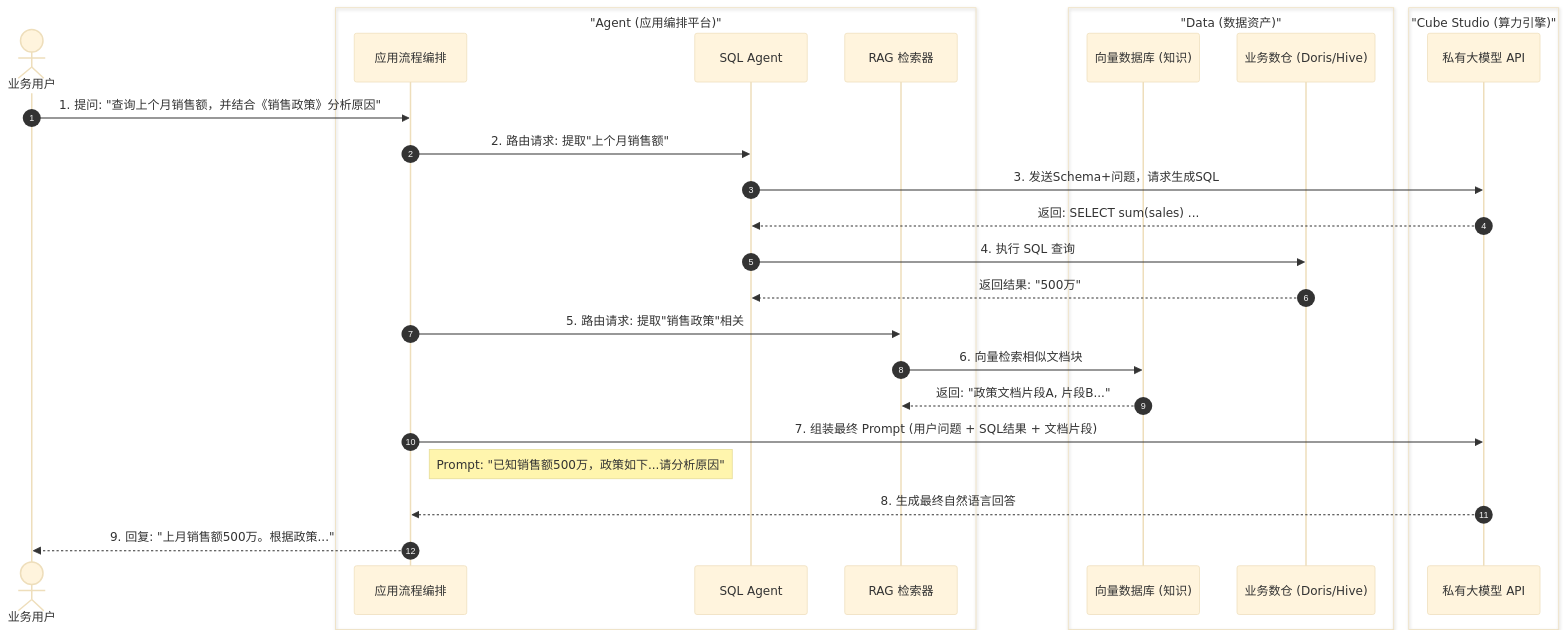
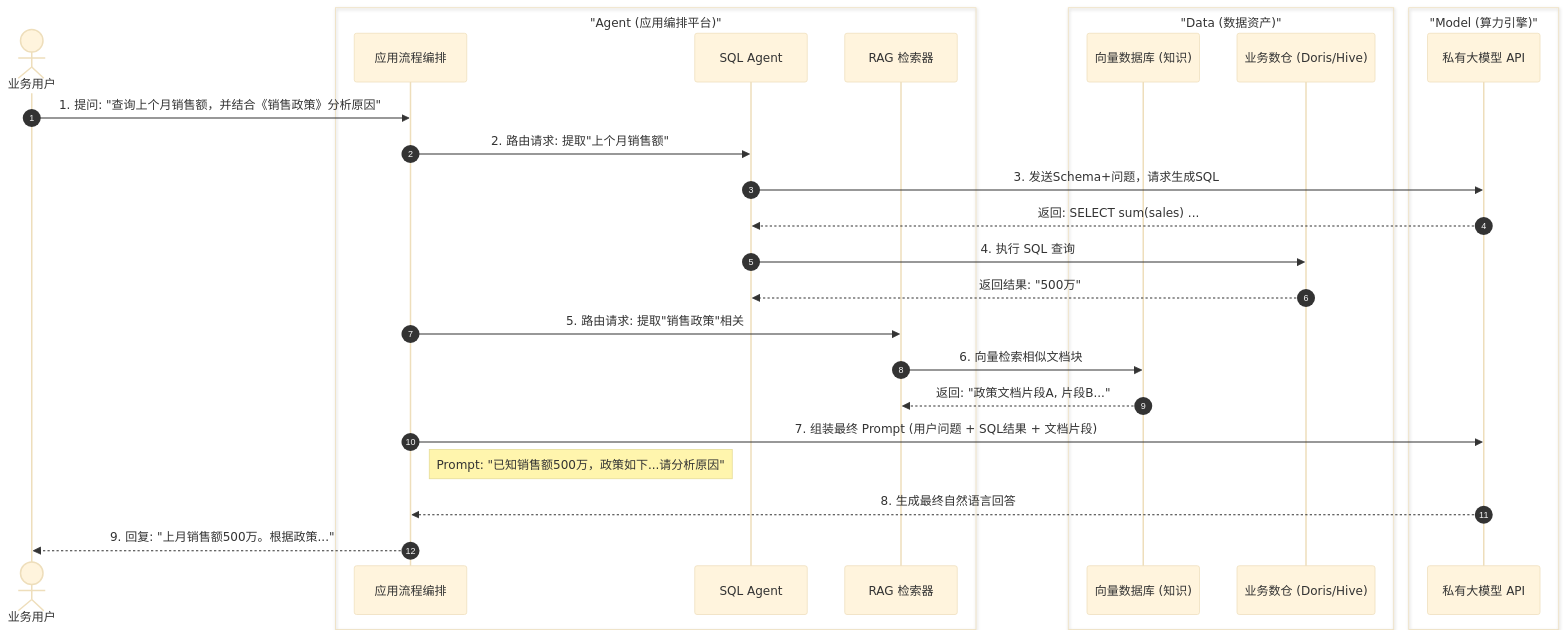
One commit to iannil/one-data-studio changed the second of 4 diagrams in docs/02-integration/sequence-diagrams.md. Above: the diagram before and after it, drawn with Mermaid (base theme). The commit also changed other lines of this file and 109 other files, not shown here.

````diff
--- a/docs/02-integration/sequence-diagrams.md
+++ b/docs/02-integration/sequence-diagrams.md
@@ -83,41 +83,41 @@
 ```mermaid
 sequenceDiagram
     autonumber
     actor User as 业务用户
 
     box "Agent (应用编排平台)" #fff3e0
         participant App_Flow as 应用流程编排
         participant Agent_SQL as SQL Agent
         participant Agent_RAG as RAG 检索器
     end
 
     box "Data (数据资产)" #e1f5fe
         participant VectorDB as 向量数据库 (知识)
         participant DataWarehouse as 业务数仓 (Doris/Hive)
     end
 
-    box "Cube Studio (算力引擎)" #e8f5e9
+    box "Model (算力引擎)" #e8f5e9
         participant LLM_API as 私有大模型 API
     end
 
     %% --- 用户提问 ---
     User->>App_Flow: 1. 提问: "查询上个月销售额，并结合《销售政策》分析原因"
 
     %% --- 分支A：结构化数据查询 (Text-to-SQL) ---
     App_Flow->>Agent_SQL: 2. 路由请求: 提取"上个月销售额"
     Agent_SQL->>LLM_API: 3. 发送Schema+问题，请求生成SQL
     LLM_API-->>Agent_SQL: 返回: SELECT sum(sales) ...
     Agent_SQL->>DataWarehouse: 4. 执行 SQL 查询
     DataWarehouse-->>Agent_SQL: 返回结果: "500万"
 
     %% --- 分支B：非结构化知识检索 (RAG) ---
     App_Flow->>Agent_RAG: 5. 路由请求: 提取"销售政策"相关
     Agent_RAG->>VectorDB: 6. 向量检索相似文档块
     VectorDB-->>Agent_RAG: 返回: "政策文档片段A, 片段B..."
 
     %% --- 最终合成 ---
     App_Flow->>LLM_API: 7. 组装最终 Prompt (用户问题 + SQL结果 + 文档片段)
     Note right of App_Flow: Prompt: "已知销售额500万，政策如下...请分析原因"
     LLM_API-->>App_Flow: 8. 生成最终自然语言回答
     App_Flow-->>User: 9. 回复: "上月销售额500万。根据政策..."
 ```
````
